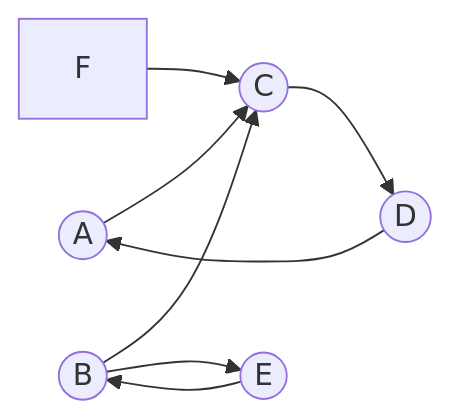
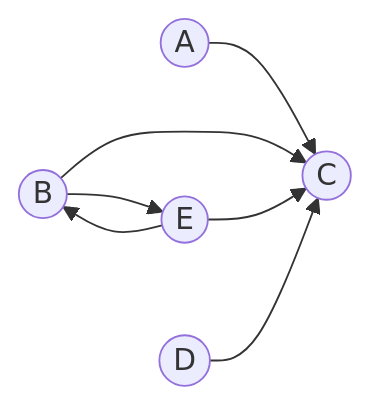
One commit to LifelongNovember/Cours changed the second of 2 diagrams in Bases de données II.md. Above: the diagram before and after it, drawn with Mermaid. The commit also changed other lines of this file, not shown here.

Commit message:
Bases de données II.md updated from https://stackedit.io/

````diff
--- a/Bases de données II.md
+++ b/Bases de données II.md
@@ -104,10 +106,9 @@
 ```mermaid
 graph LR
 A((A)) -->C((C))
 B((B)) --> C
 B --> E((E))
 E --> B
-D((D)) --> A
-C((C)) --> D
-F --> C
+E --> C
+D((D)) --> C
 ```
````
